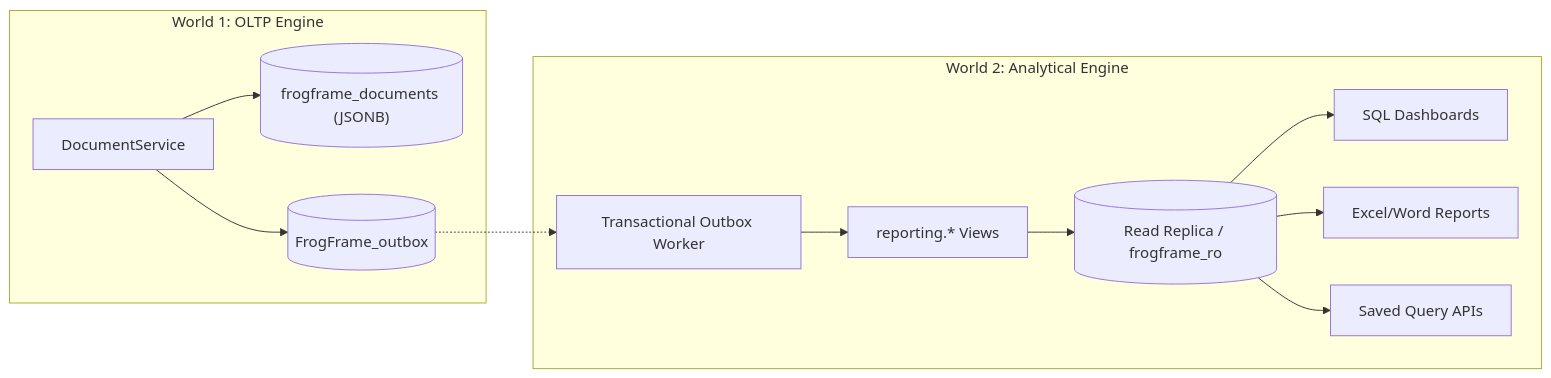
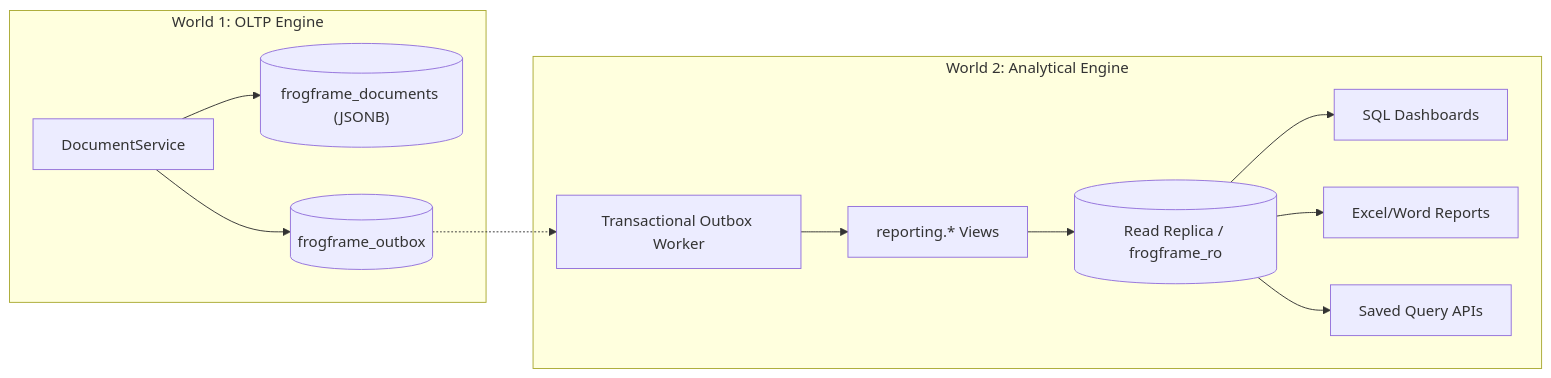
The diagram in docs/guides/analytics-engine.md (frogframework-admin/frogframe), drawn with Mermaid before and after one commit. The commit also changed other lines of this file and 37 other files, not shown here.

Commit message:
docs: rebrand to FrogFramework, highlight Two Worlds architecture, and add logo

````diff
--- a/docs/guides/analytics-engine.md
+++ b/docs/guides/analytics-engine.md
@@ -11,17 +11,17 @@
 ```mermaid
 flowchart LR
     subgraph World1 ["World 1: OLTP Engine"]
         DocService["DocumentService"] --> DocDB[("frogframe_documents (JSONB)")]
-        DocService --> Outbox[("FrogFrame_outbox")]
+        DocService --> Outbox[("frogframe_outbox")]
     end
 
     subgraph World2 ["World 2: Analytical Engine"]
         OutboxWorker["Transactional Outbox Worker"] --> AnalyticalViews["reporting.* Views"]
         AnalyticalViews --> ReadReplica[("Read Replica / frogframe_ro")]
         ReadReplica --> Dashboards["SQL Dashboards"]
         ReadReplica --> Reports["Excel/Word Reports"]
         ReadReplica --> QueryAPIs["Saved Query APIs"]
     end
 
     Outbox -.-> OutboxWorker
 ```
````
